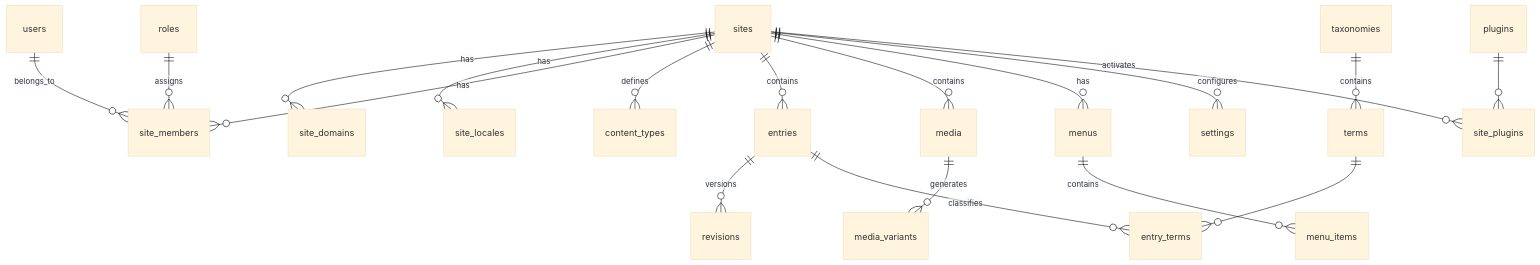
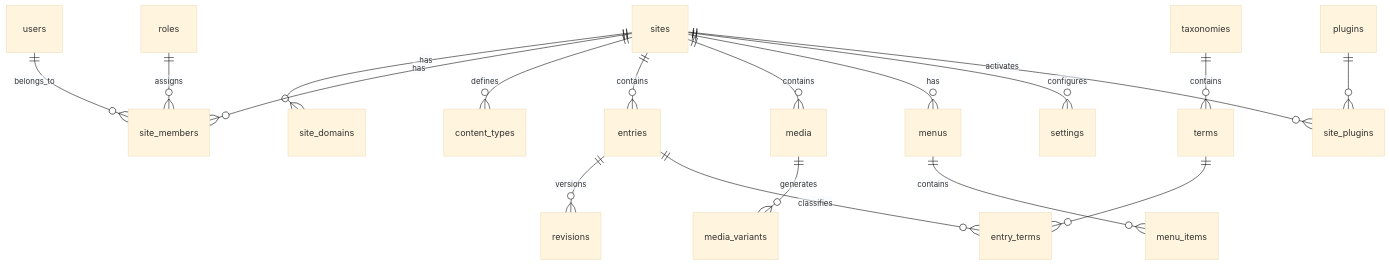
The second of 6 diagrams in docs/ARCHITECTURE.md (faghy/cleitext), drawn with Mermaid (base theme) before and after one commit. The commit also changed other lines of this file and 77 other files, not shown here.

````diff
--- a/docs/ARCHITECTURE.md
+++ b/docs/ARCHITECTURE.md
@@ -240,21 +240,20 @@
 ```mermaid
 erDiagram
     sites ||--o{ site_domains : has
-    sites ||--o{ site_locales : has
     sites ||--o{ site_members : has
     users ||--o{ site_members : belongs_to
     roles ||--o{ site_members : assigns
     sites ||--o{ content_types : defines
     sites ||--o{ entries : contains
     entries ||--o{ revisions : versions
     entries ||--o{ entry_terms : classifies
     terms ||--o{ entry_terms : ""
     taxonomies ||--o{ terms : contains
     sites ||--o{ media : contains
     media ||--o{ media_variants : generates
     sites ||--o{ menus : has
     menus ||--o{ menu_items : contains
     sites ||--o{ settings : configures
     sites ||--o{ site_plugins : activates
     plugins ||--o{ site_plugins : ""
 ```
````
